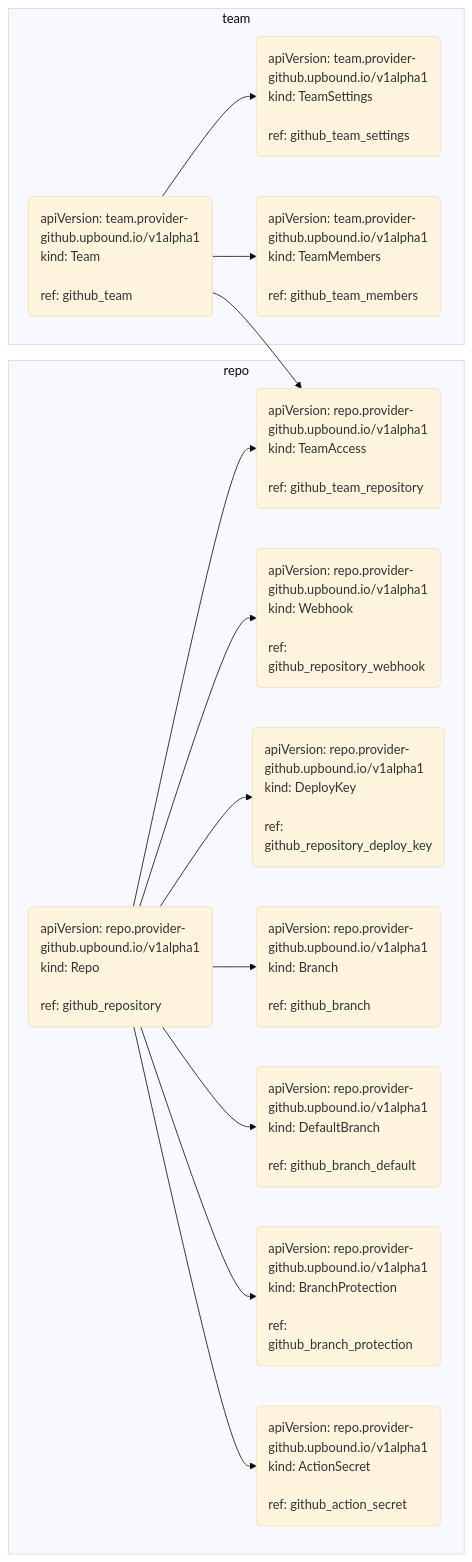
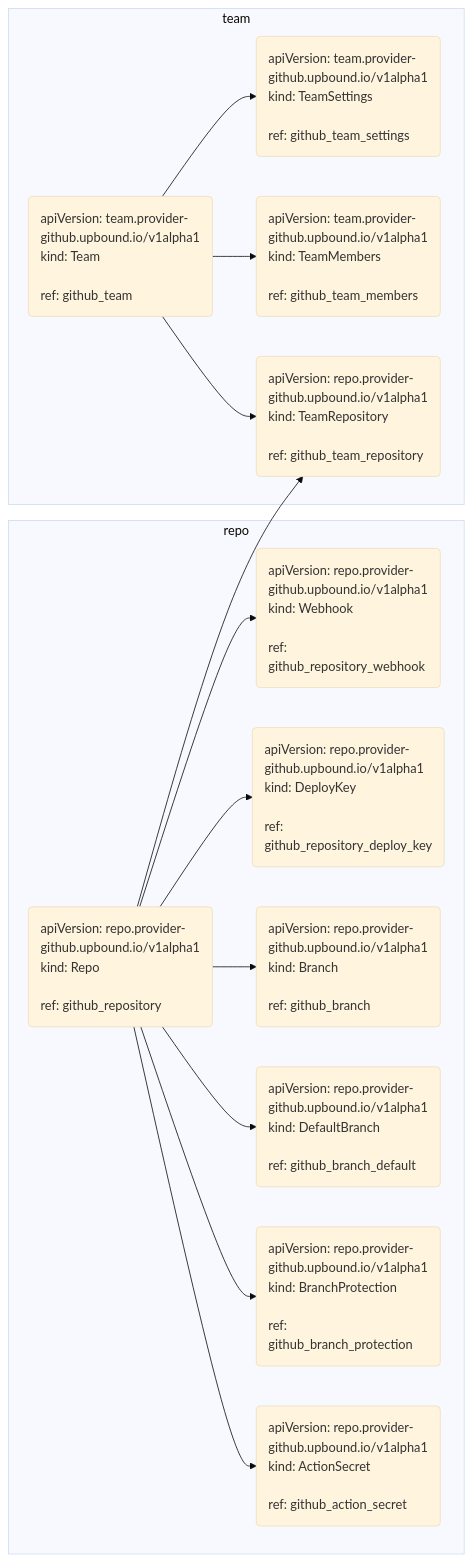
The second of 2 diagrams in docs/design.md (crossplane-contrib/provider-upjet-github), drawn with Mermaid before and after one commit.

Commit message:
Move/rename team access

````diff
--- a/docs/design.md
+++ b/docs/design.md
@@ -30,40 +30,40 @@
 ```mermaid
 %%{
     init: {
         'flowchart' : {
             'curve' : 'basis'
         },
         'theme':'base'
     }
 }%%
 
 graph LR
     classDef default text-align: left;
-    Team.team --> TeamAccess.repo
+    Repository.repo --> TeamRepository.team
     subgraph repo
-        Repo.repo(apiVersion: repo.provider-github.upbound.io/v1alpha1<br/>kind: Repo<br/><br/>ref: github_repository)
+        Repository.repo(apiVersion: repo.provider-github.upbound.io/v1alpha1<br/>kind: Repo<br/><br/>ref: github_repository)
         Webhook.repo(apiVersion: repo.provider-github.upbound.io/v1alpha1<br/>kind: Webhook<br/><br/>ref: github_repository_webhook)
         DeployKey.repo(apiVersion: repo.provider-github.upbound.io/v1alpha1<br/>kind: DeployKey<br/><br/>ref: github_repository_deploy_key)
         Branch.repo(apiVersion: repo.provider-github.upbound.io/v1alpha1<br/>kind: Branch<br/><br/>ref: github_branch)
         DefaultBranch.repo(apiVersion: repo.provider-github.upbound.io/v1alpha1<br/>kind: DefaultBranch<br/><br/>ref: github_branch_default)
         BranchProtection.repo(apiVersion: repo.provider-github.upbound.io/v1alpha1<br/>kind: BranchProtection<br/><br/>ref: github_branch_protection)
         ActionSecret.repo(apiVersion: repo.provider-github.upbound.io/v1alpha1<br/>kind: ActionSecret<br/><br/>ref: github_action_secret)
-        TeamAccess.repo(apiVersion: repo.provider-github.upbound.io/v1alpha1<br/>kind: TeamAccess<br/><br/>ref: github_team_repository)   
-        
-        Repo.repo --> Webhook.repo
-        Repo.repo --> DeployKey.repo
-        Repo.repo --> Branch.repo
-        Repo.repo --> DefaultBranch.repo
-        Repo.repo --> BranchProtection.repo
-        Repo.repo --> ActionSecret.repo
-        Repo.repo --> TeamAccess.repo
+  
+        Repository.repo --> Webhook.repo
+        Repository.repo --> DeployKey.repo
+        Repository.repo --> Branch.repo
+        Repository.repo --> DefaultBranch.repo
+        Repository.repo --> BranchProtection.repo
+        Repository.repo --> ActionSecret.repo
     end
     subgraph team
         Team.team(apiVersion: team.provider-github.upbound.io/v1alpha1<br/>kind: Team<br/><br/>ref: github_team)
         TeamSettings.team(apiVersion: team.provider-github.upbound.io/v1alpha1<br/>kind: TeamSettings<br/><br/>ref: github_team_settings)
         TeamMembers.team(apiVersion: team.provider-github.upbound.io/v1alpha1<br/>kind: TeamMembers<br/><br/>ref: github_team_members)
+        TeamRepository.team(apiVersion: repo.provider-github.upbound.io/v1alpha1<br/>kind: TeamRepository<br/><br/>ref: github_team_repository) 
 
         Team.team --> TeamSettings.team
         Team.team --> TeamMembers.team
+        Team.team --> TeamRepository.team
     end
 ```
````
